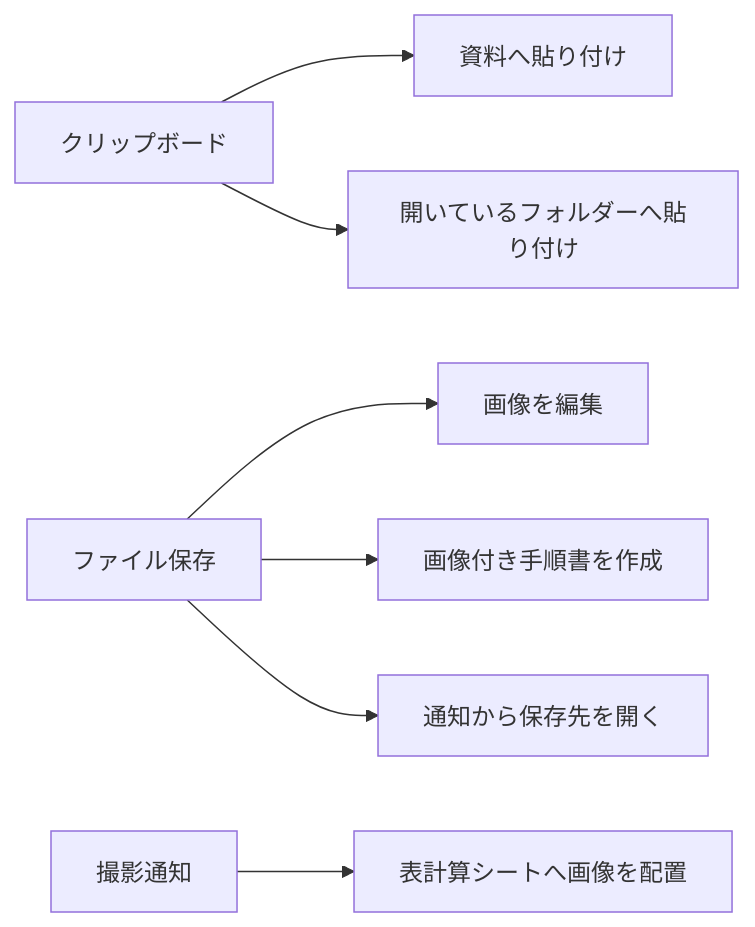
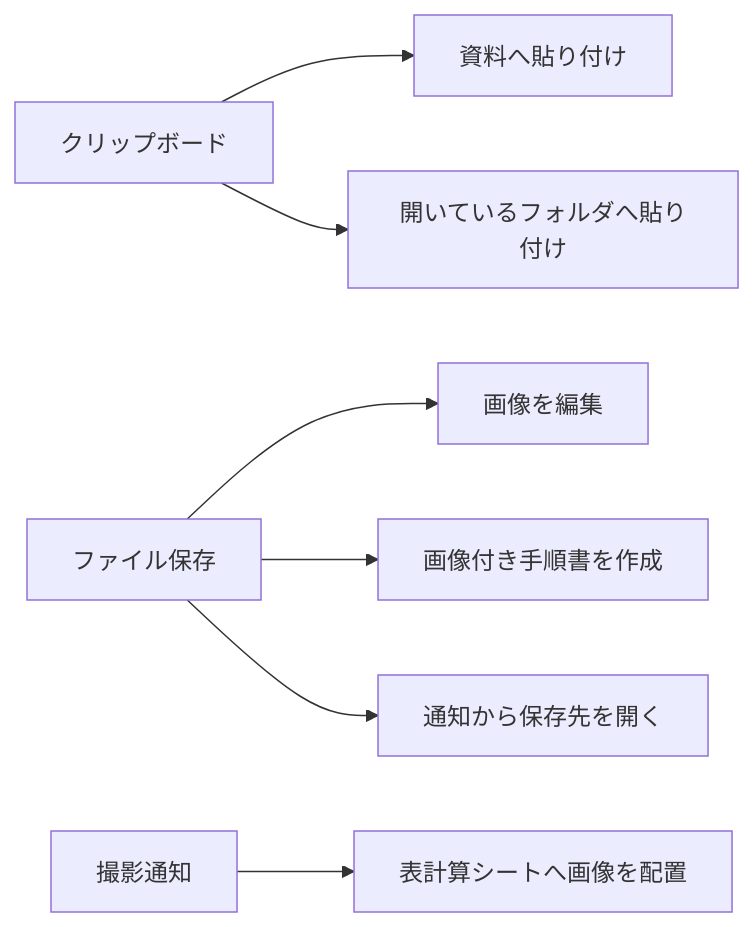
One commit to KotorinChunChun/SSCapture changed the second of 3 diagrams in README.md. Above: the diagram before and after it, drawn with Mermaid. The commit also changed other lines of this file and 24 other files, not shown here.

````diff
--- a/README.md
+++ b/README.md
@@ -19,9 +19,9 @@
 ```mermaid
 flowchart LR
     clipboard["クリップボード"] --> document["資料へ貼り付け"]
-    clipboard --> currentFolder["開いているフォルダーへ貼り付け"]
+    clipboard --> currentFolder["開いているフォルダへ貼り付け"]
     file["ファイル保存"] --> editor["画像を編集"]
     file --> manual["画像付き手順書を作成"]
     file --> openFolder["通知から保存先を開く"]
     notice["撮影通知"] --> spreadsheet["表計算シートへ画像を配置"]
 ```
````
